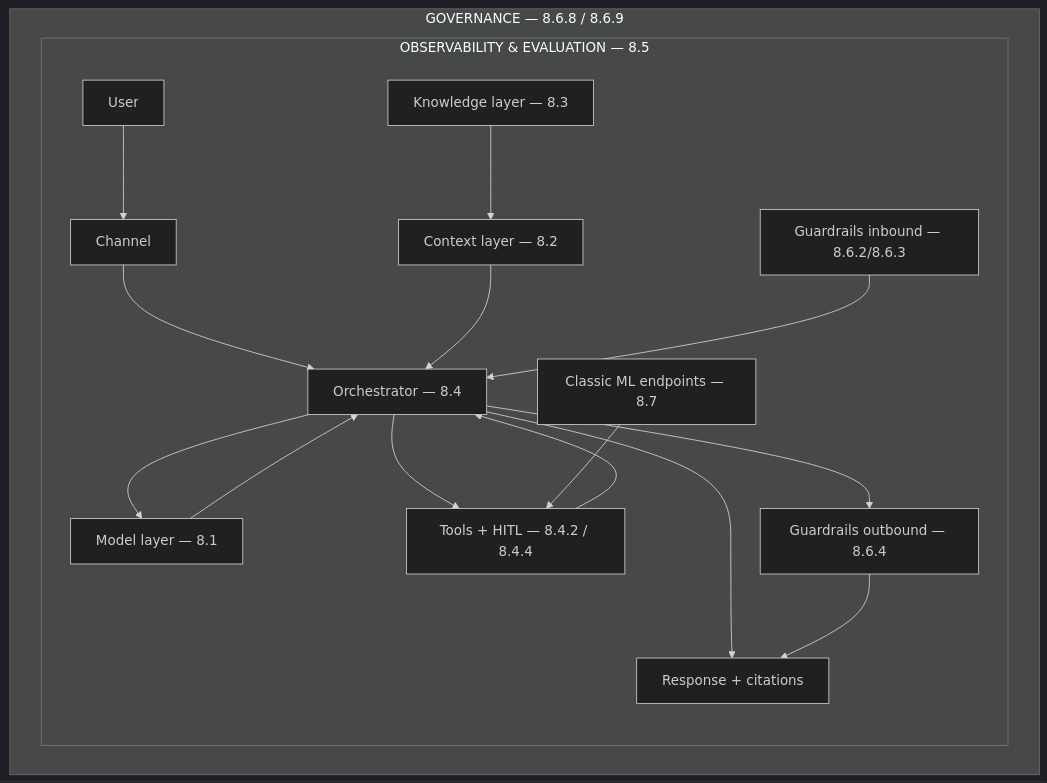
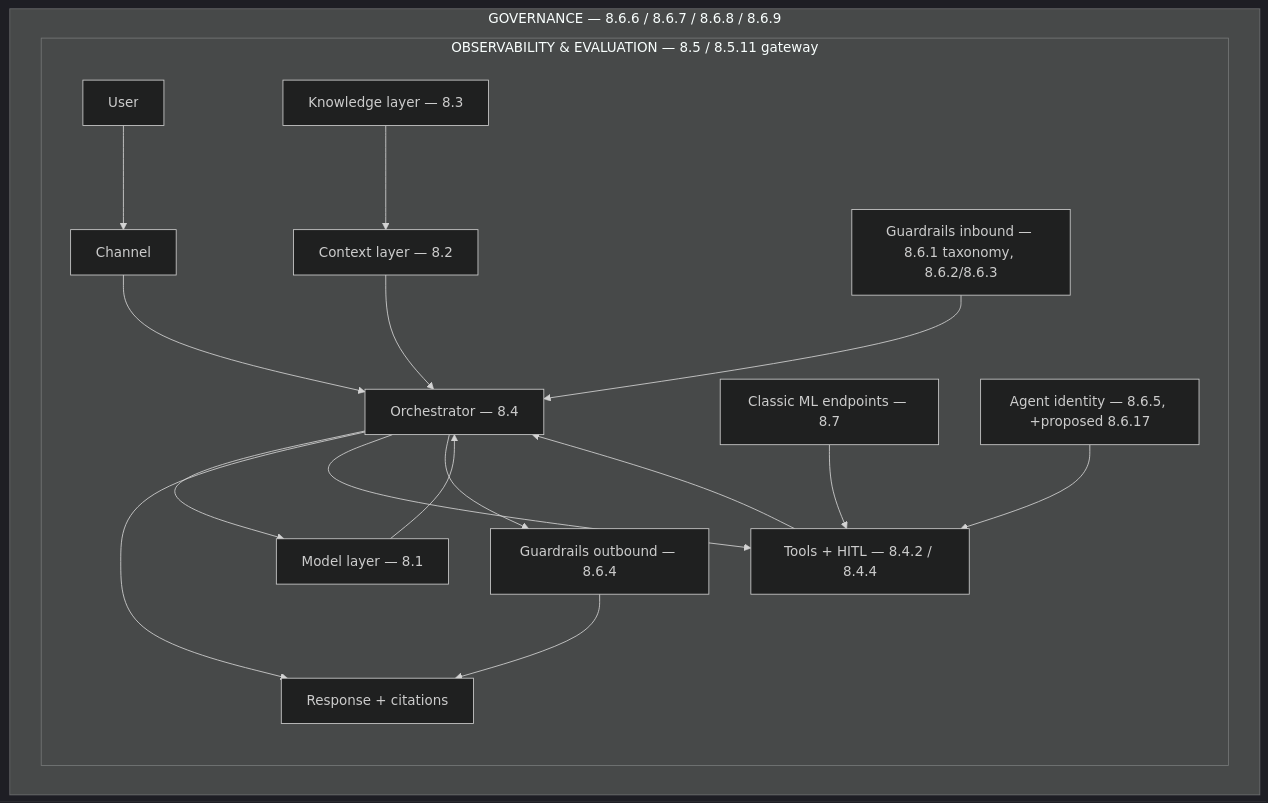
One commit to ibneajmal77/New-Prep changed the diagram in 00-MAP.md. Above: the diagram before and after it, drawn with Mermaid (dark theme). The commit also changed other lines of this file and 12 other files, not shown here.

````diff
--- a/00-MAP.md
+++ b/00-MAP.md
@@ -117,20 +137,21 @@
 ```mermaid
 flowchart TB
-    subgraph GOV["GOVERNANCE — 8.6.8 / 8.6.9"]
-    subgraph OBS["OBSERVABILITY & EVALUATION — 8.5"]
+    subgraph GOV["GOVERNANCE — 8.6.6 / 8.6.7 / 8.6.8 / 8.6.9"]
+    subgraph OBS["OBSERVABILITY & EVALUATION — 8.5 / 8.5.11 gateway"]
         U[User] --> CH[Channel]
         CH --> ORC[Orchestrator — 8.4]
         ORC --> MOD[Model layer — 8.1]
         MOD --> ORC
         ORC --> RES[Response + citations]
         CTX[Context layer — 8.2] --> ORC
         KN[Knowledge layer — 8.3] --> CTX
         TOOL[Tools + HITL — 8.4.2 / 8.4.4] --> ORC
         ORC --> TOOL
         ML[Classic ML endpoints — 8.7] --> TOOL
-        GIN[Guardrails inbound — 8.6.2/8.6.3] --> ORC
+        IDN[Agent identity — 8.6.5, +proposed 8.6.17] --> TOOL
+        GIN[Guardrails inbound — 8.6.1 taxonomy, 8.6.2/8.6.3] --> ORC
         ORC --> GOUT[Guardrails outbound — 8.6.4]
         GOUT --> RES
     end
     end
 ```
````
